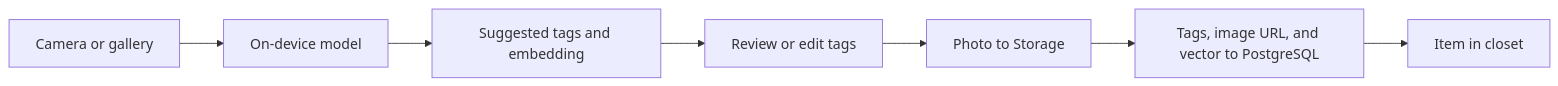
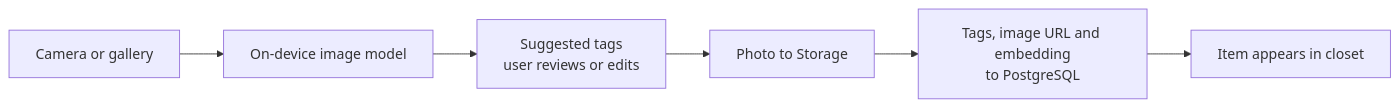
One commit to heyitssyakirrr/stylemate changed the second of 4 diagrams in README.md. Above: the diagram before and after it, drawn with Mermaid. The commit also changed other lines of this file, not shown here.

````diff
--- a/README.md
+++ b/README.md
@@ -68,9 +63,8 @@
 ```mermaid
 flowchart LR
-    A["Camera or gallery"] --> B["On-device model"]
-    B --> C["Suggested tags and embedding"]
-    C --> D["Review or edit tags"]
-    D --> E["Photo to Storage"]
-    E --> F["Tags, image URL, and vector to PostgreSQL"]
-    F --> G["Item in closet"]
+    Photo["Camera or gallery"] --> Inference["On-device image model"]
+    Inference --> Review["Suggested tags<br/>user reviews or edits"]
+    Review --> Upload["Photo to Storage"]
+    Upload --> Save["Tags, image URL and embedding<br/>to PostgreSQL"]
+    Save --> Closet["Item appears in closet"]
 ```
````
